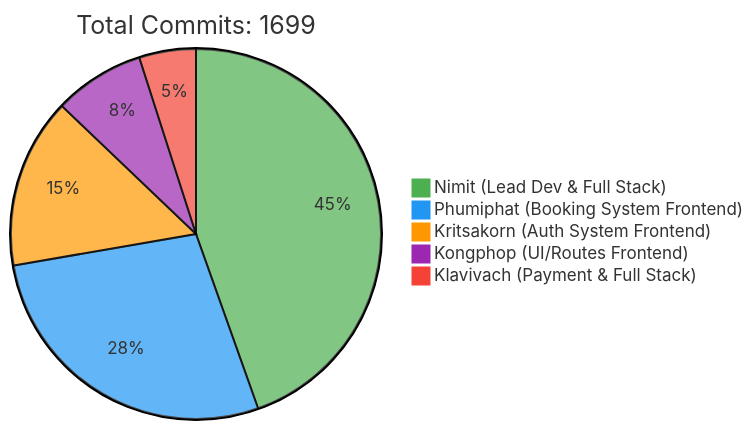
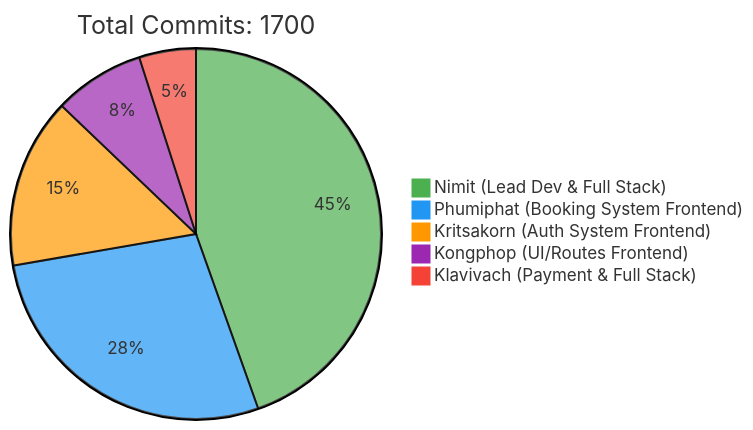
The first of 2 diagrams in README.md (6531503042/Sport-Complex), drawn with Mermaid before and after one commit. The commit also changed other lines of this file, not shown here.

Commit message:
docs: Update contributor statistics [skip ci]

````diff
--- a/README.md
+++ b/README.md
@@ -257,10 +257,10 @@
 ```mermaid
 %%{init: {'theme': 'base', 'themeVariables': { 'pie1': '#4CAF50', 'pie2': '#2196F3', 'pie3': '#FF9800', 'pie4': '#9C27B0', 'pie5': '#F44336'}}}%%
 pie
-    title Total Commits: 1699
+    title Total Commits: 1700
     "Nimit (Lead Dev & Full Stack)" : 450
     "Phumiphat (Booking System Frontend)" : 280
     "Kritsakorn (Auth System Frontend)" : 150
     "Kongphop (UI/Routes Frontend)" : 80
     "Klavivach (Payment & Full Stack)" : 50
 ```
````
